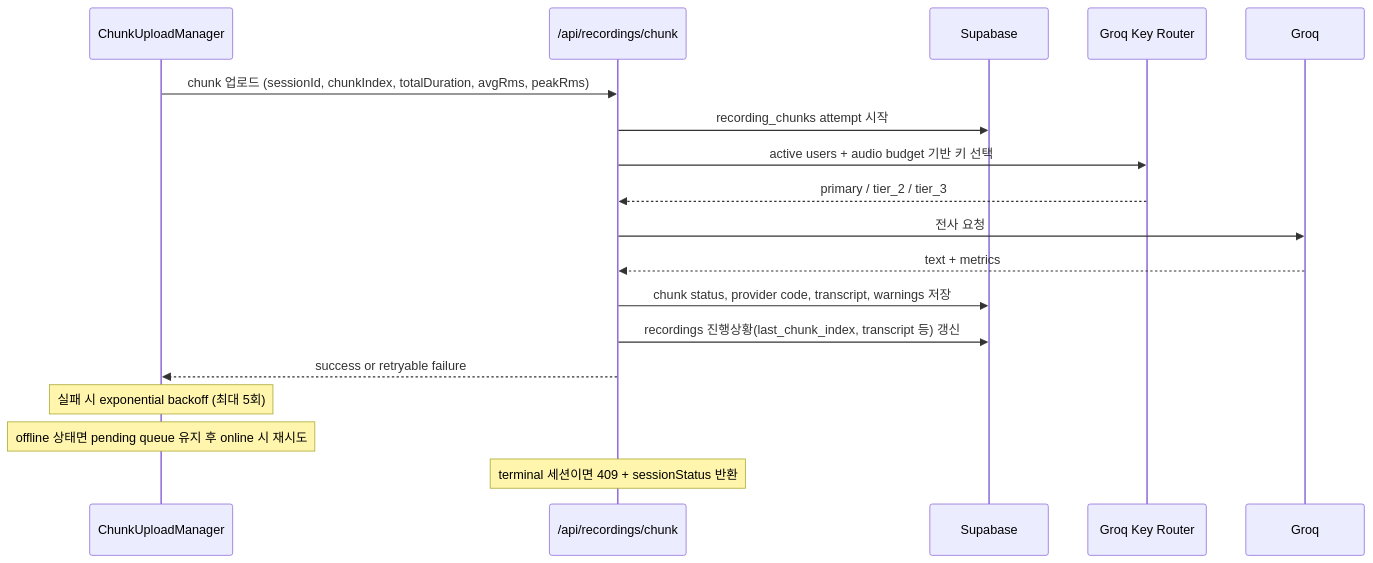
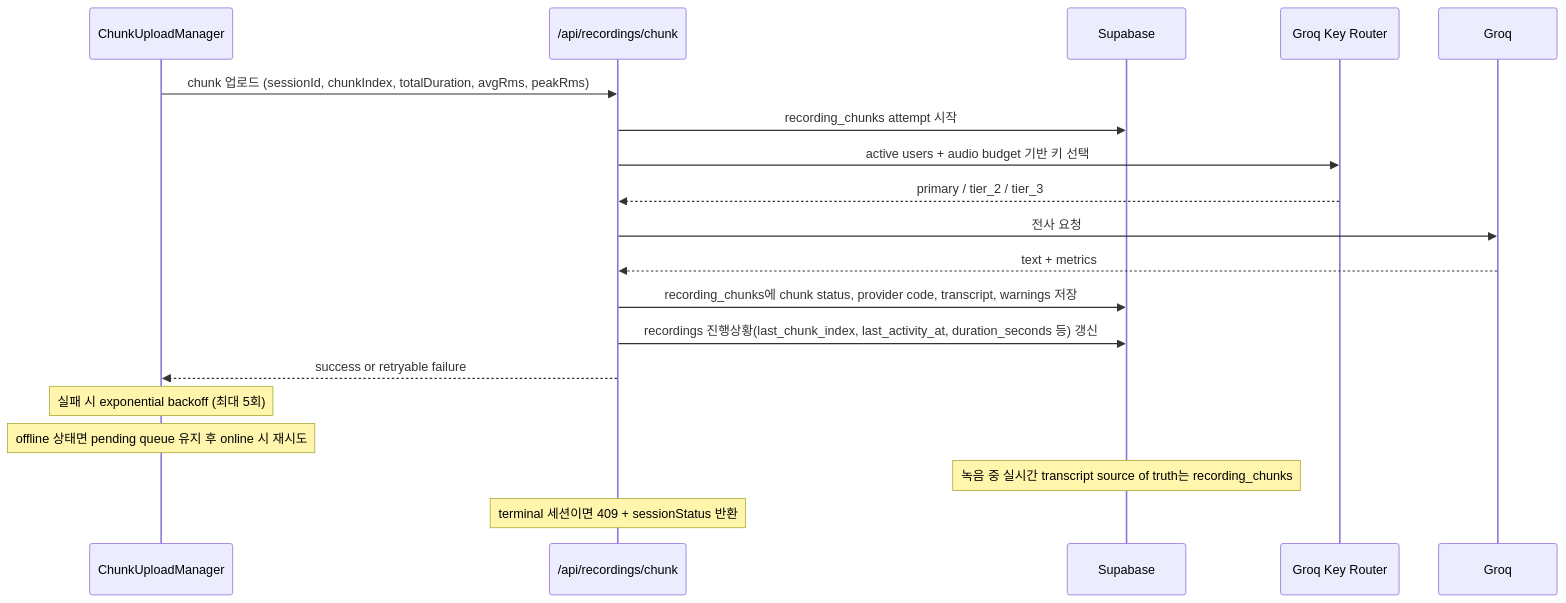
The third of 6 diagrams in docs/SERVICE_FLOW.md (0mininseoul/Archy), drawn with Mermaid before and after one commit. The commit also changed other lines of this file and 1 other file, not shown here.

Commit message:
docs: clarify transcript storage flow

````diff
--- a/docs/SERVICE_FLOW.md
+++ b/docs/SERVICE_FLOW.md
@@ -70,22 +71,23 @@
 ```mermaid
 sequenceDiagram
     participant Client as ChunkUploadManager
     participant API as /api/recordings/chunk
     participant DB as Supabase
     participant Router as Groq Key Router
     participant STT as Groq
 
     Client->>API: chunk 업로드 (sessionId, chunkIndex, totalDuration, avgRms, peakRms)
     API->>DB: recording_chunks attempt 시작
     API->>Router: active users + audio budget 기반 키 선택
     Router-->>API: primary / tier_2 / tier_3
     API->>STT: 전사 요청
     STT-->>API: text + metrics
-    API->>DB: chunk status, provider code, transcript, warnings 저장
-    API->>DB: recordings 진행상황(last_chunk_index, transcript 등) 갱신
+    API->>DB: recording_chunks에 chunk status, provider code, transcript, warnings 저장
+    API->>DB: recordings 진행상황(last_chunk_index, last_activity_at, duration_seconds 등) 갱신
     API-->>Client: success or retryable failure
 
     Note over Client: 실패 시 exponential backoff (최대 5회)
     Note over Client: offline 상태면 pending queue 유지 후 online 시 재시도
+    Note over DB: 녹음 중 실시간 transcript source of truth는 recording_chunks
     Note over API: terminal 세션이면 409 + sessionStatus 반환
 ```
````
